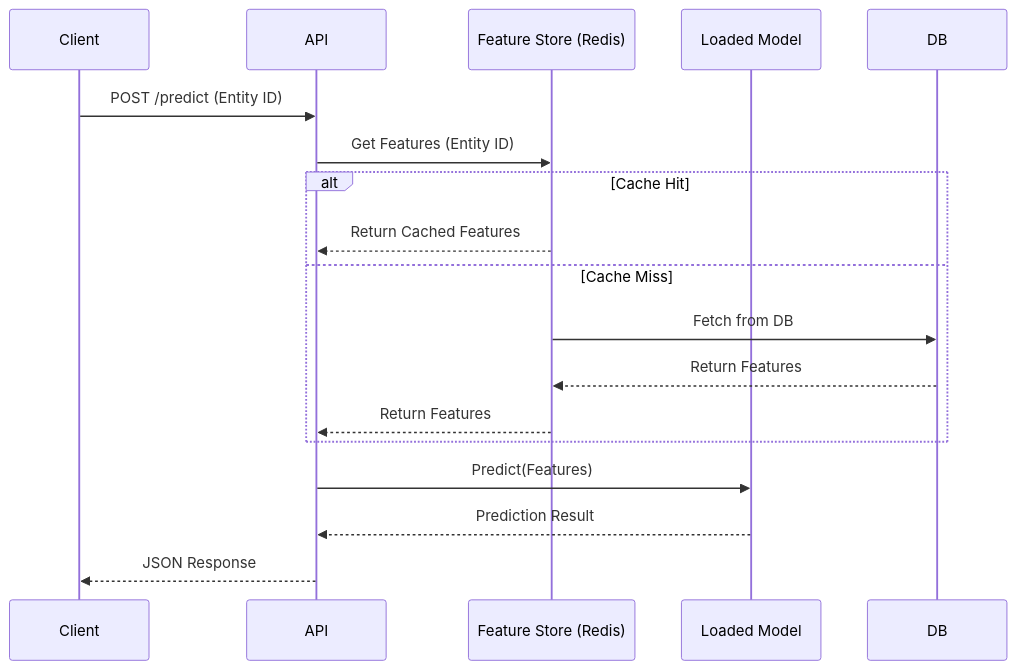
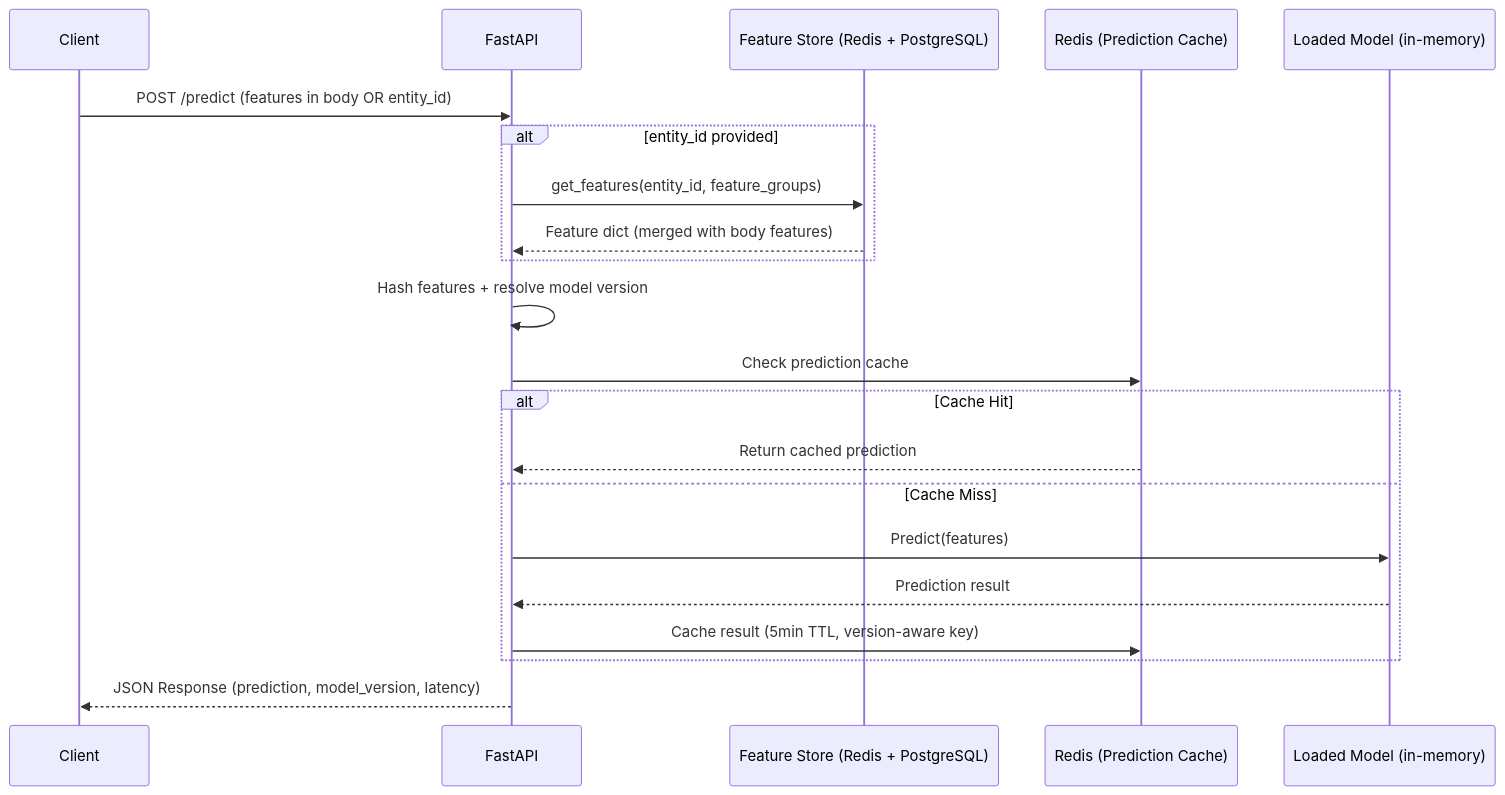
Before and after one commit to ItaloPinheiro/rt-ml-multicloud-platform: the third of 4 diagrams in docs/architecture/data_flow.md, drawn with Mermaid. The commit also changed other lines of this file and 22 other files, not shown here.

First line of the commit message:
feat: Integrate Feature Store into training pipeline and demo workflow

````diff
--- a/docs/architecture/data_flow.md
+++ b/docs/architecture/data_flow.md
@@ -27,22 +86,28 @@
 ```mermaid
 sequenceDiagram
     participant Client
-    participant API
-    participant FS as Feature Store (Redis)
-    participant Model as Loaded Model
+    participant API as FastAPI
+    participant FS as Feature Store (Redis + PostgreSQL)
+    participant Redis as Redis (Prediction Cache)
+    participant Model as Loaded Model (in-memory)
 
-    Client->>API: POST /predict (Entity ID)
-    API->>FS: Get Features (Entity ID)
-    
-    alt Cache Hit
-        FS-->>API: Return Cached Features
-    else Cache Miss
-        FS->>DB: Fetch from DB
-        DB-->>FS: Return Features
-        FS-->>API: Return Features
+    Client->>API: POST /predict (features in body OR entity_id)
+
+    alt entity_id provided
+        API->>FS: get_features(entity_id, feature_groups)
+        FS-->>API: Feature dict (merged with body features)
     end
 
-    API->>Model: Predict(Features)
-    Model-->>API: Prediction Result
-    API-->>Client: JSON Response
+    API->>API: Hash features + resolve model version
+    API->>Redis: Check prediction cache
+
+    alt Cache Hit
+        Redis-->>API: Return cached prediction
+    else Cache Miss
+        API->>Model: Predict(features)
+        Model-->>API: Prediction result
+        API->>Redis: Cache result (5min TTL, version-aware key)
+    end
+
+    API-->>Client: JSON Response (prediction, model_version, latency)
 ```
````
